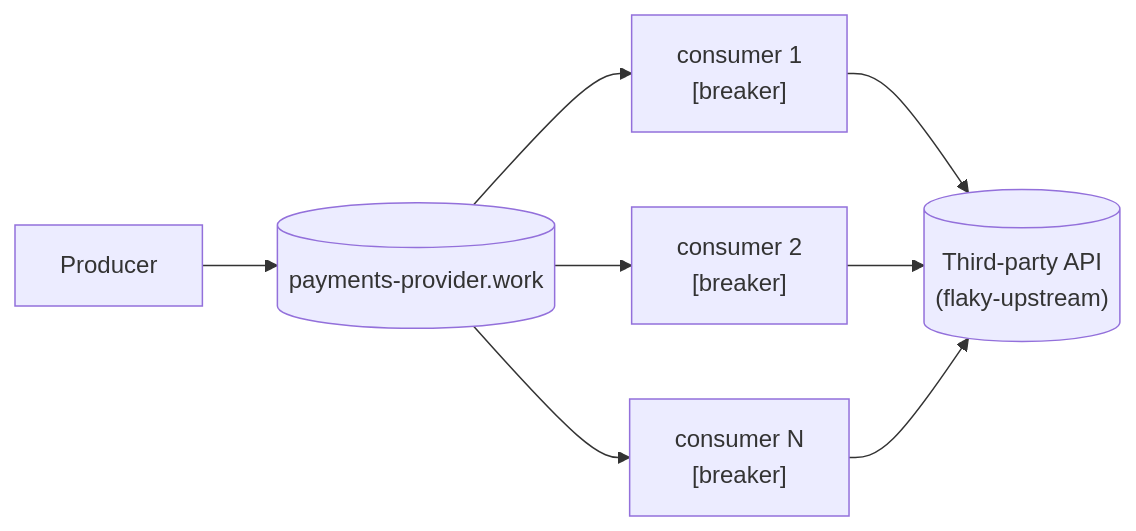
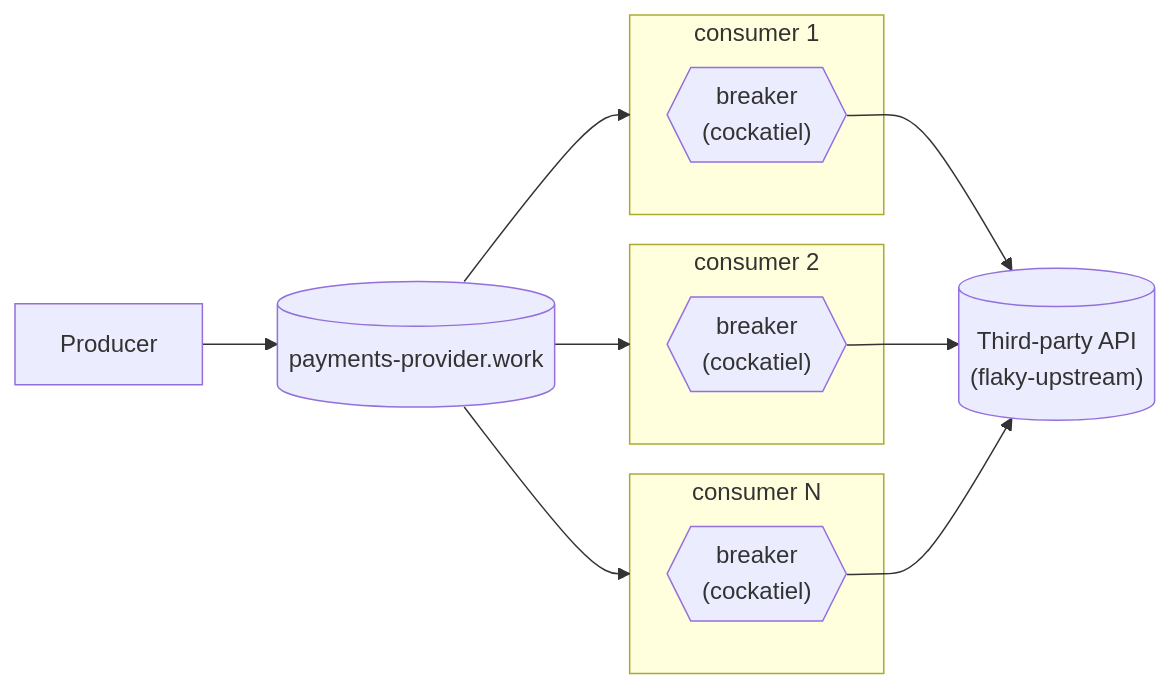
Before and after one commit to lsfera/circuit-breaker-unboxing: the diagram in README.md, drawn with Mermaid. The commit also changed other lines of this file, not shown here.

Commit message:
Draw each replica's breaker as its own subgraph in the README diagram
A bracketed "[breaker]" label on the consumer node said the same thing
the article's text already did. Drawing each breaker as its own
subgraph, with no edge between them, makes the "five independent
verdicts, nothing coordinates them" point visible in the diagram
itself, not just argued in prose.

🤖 Generated with [Claude Code](https://claude.com/claude-code)

````diff
--- a/README.md
+++ b/README.md
@@ -10,10 +10,19 @@
 ```mermaid
 flowchart LR
   producer["Producer"] --> queue[("payments-provider.work")]
-  queue --> c1["consumer 1\n[breaker]"]
-  queue --> c2["consumer 2\n[breaker]"]
-  queue --> c3["consumer N\n[breaker]"]
-  c1 --> api[("Third-party API\n(flaky-upstream)")]
-  c2 --> api
-  c3 --> api
+  subgraph c1["consumer 1"]
+    b1{{"breaker\n(cockatiel)"}}
+  end
+  subgraph c2["consumer 2"]
+    b2{{"breaker\n(cockatiel)"}}
+  end
+  subgraph c3["consumer N"]
+    b3{{"breaker\n(cockatiel)"}}
+  end
+  queue --> c1
+  queue --> c2
+  queue --> c3
+  b1 --> api[("Third-party API\n(flaky-upstream)")]
+  b2 --> api
+  b3 --> api
 ```
````
